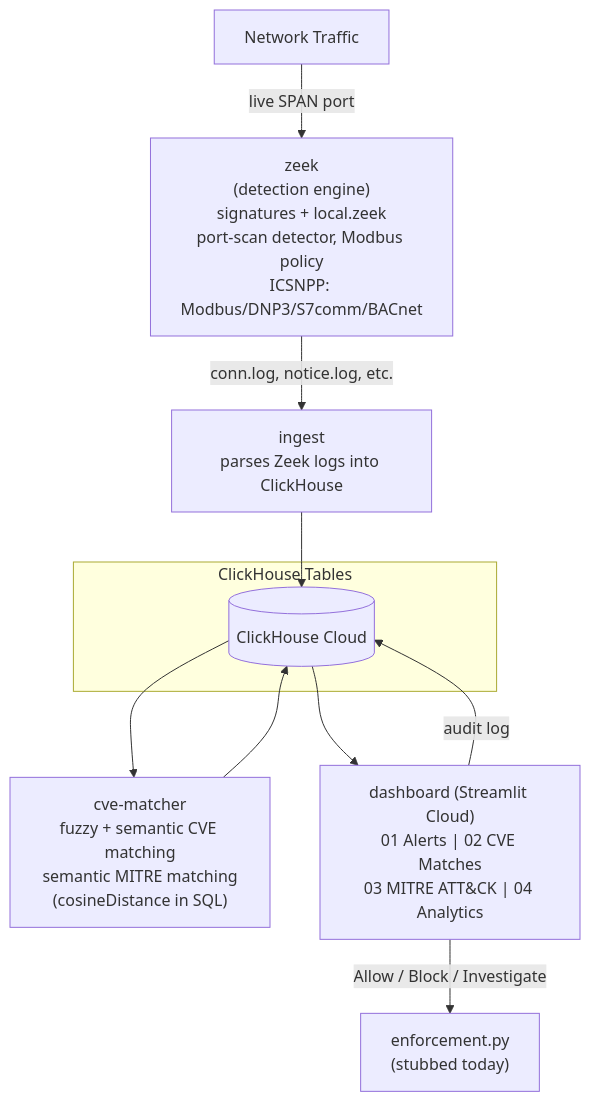
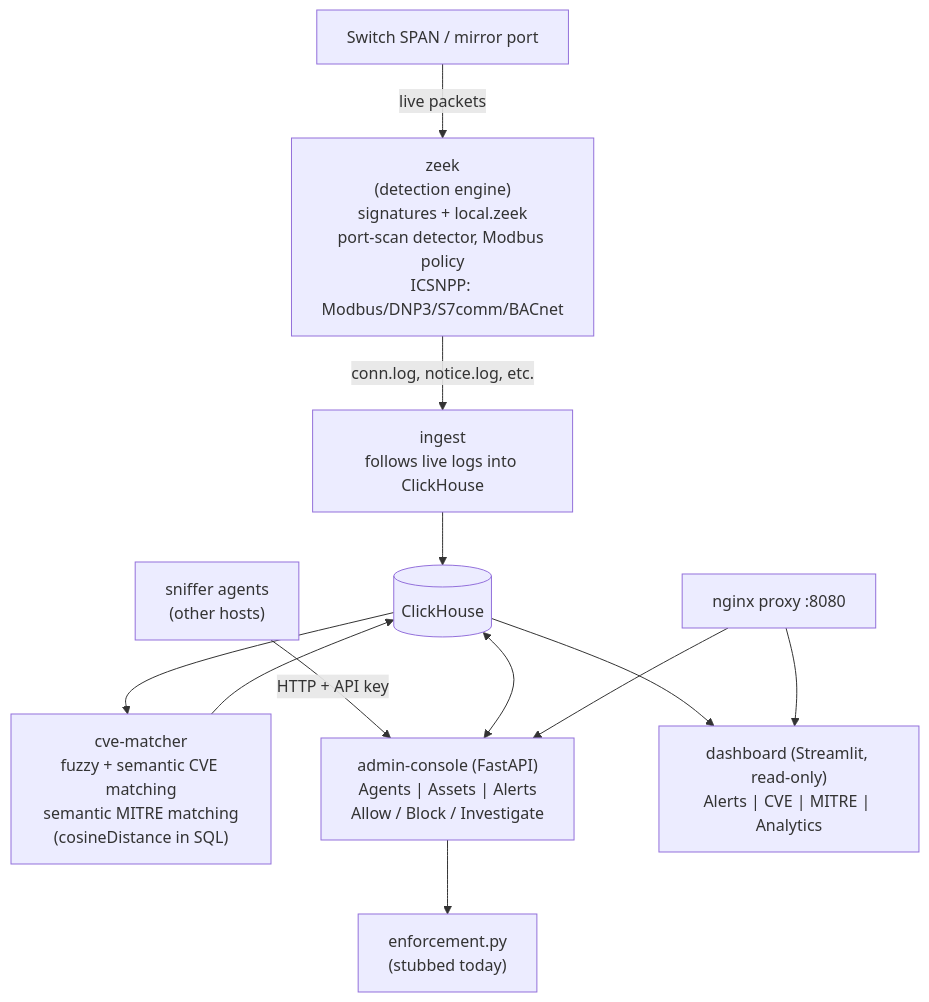
Before and after one commit to techmugger/network-ids-zeek-chromadb: the diagram in README.md, drawn with Mermaid. The commit also changed other lines of this file and 1 other file, not shown here.

Commit message:
README: new title, admin console, deployment docs

````diff
--- a/README.md
+++ b/README.md
@@ -69,15 +77,14 @@
 ```mermaid
 flowchart TD
-    A[Network Traffic] -->|live SPAN port| B["zeek<br/>(detection engine)<br/>signatures + local.zeek<br/>port-scan detector, Modbus policy<br/>ICSNPP: Modbus/DNP3/S7comm/BACnet"]
-    B -->|conn.log, notice.log, etc.| C["ingest<br/>parses Zeek logs into ClickHouse"]
-    C --> D[(ClickHouse Cloud)]
+    SW[Switch SPAN / mirror port] -->|live packets| B["zeek<br/>(detection engine)<br/>signatures + local.zeek<br/>port-scan detector, Modbus policy<br/>ICSNPP: Modbus/DNP3/S7comm/BACnet"]
+    B -->|conn.log, notice.log, etc.| C["ingest<br/>follows live logs into ClickHouse"]
+    C --> D[(ClickHouse)]
     D --> E["cve-matcher<br/>fuzzy + semantic CVE matching<br/>semantic MITRE matching<br/>(cosineDistance in SQL)"]
     E --> D
-    D --> F["dashboard (Streamlit Cloud)<br/>01 Alerts | 02 CVE Matches<br/>03 MITRE ATT&CK | 04 Analytics"]
-    F -->|Allow / Block / Investigate| G["enforcement.py<br/>(stubbed today)"]
-    F -->|audit log| D
-
-    subgraph ClickHouse Tables
-        D
-    end
+    AG["sniffer agents<br/>(other hosts)"] -->|HTTP + API key| AC
+    D <--> AC["admin-console (FastAPI)<br/>Agents | Assets | Alerts<br/>Allow / Block / Investigate"]
+    D --> F["dashboard (Streamlit, read-only)<br/>Alerts | CVE | MITRE | Analytics"]
+    AC --> G["enforcement.py<br/>(stubbed today)"]
+    P["nginx proxy :8080"] --> AC
+    P --> F
 ```
````
